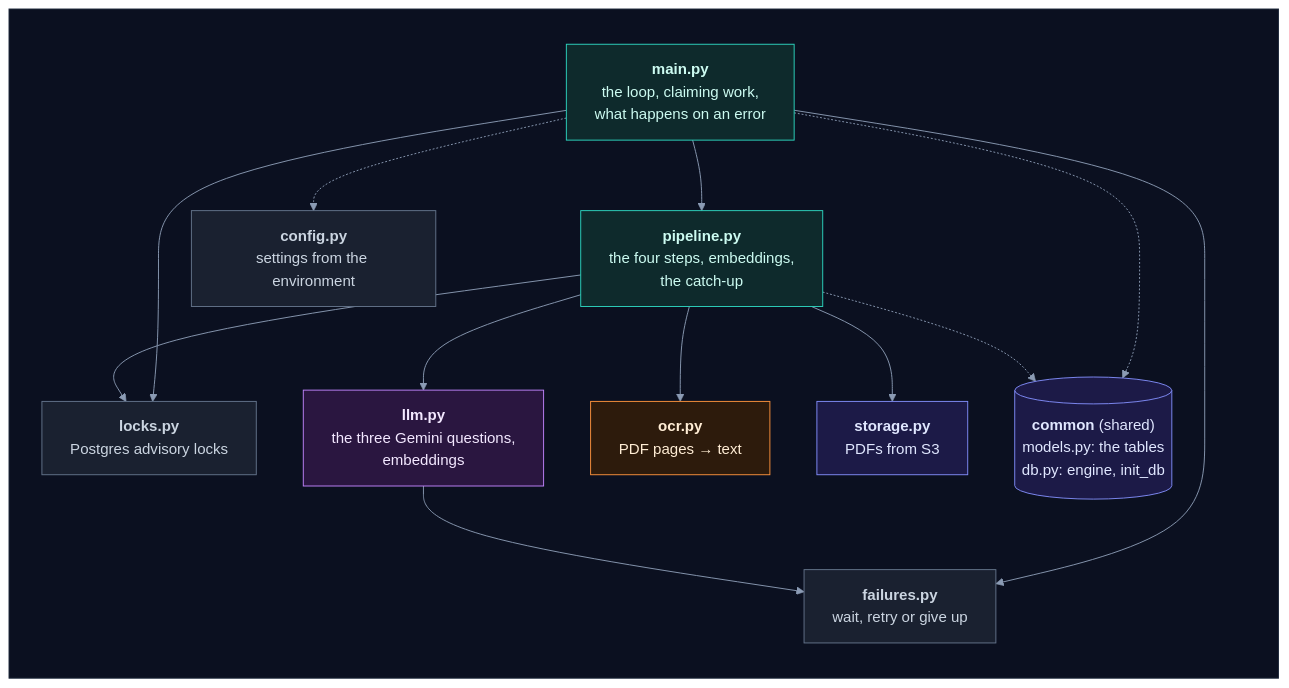
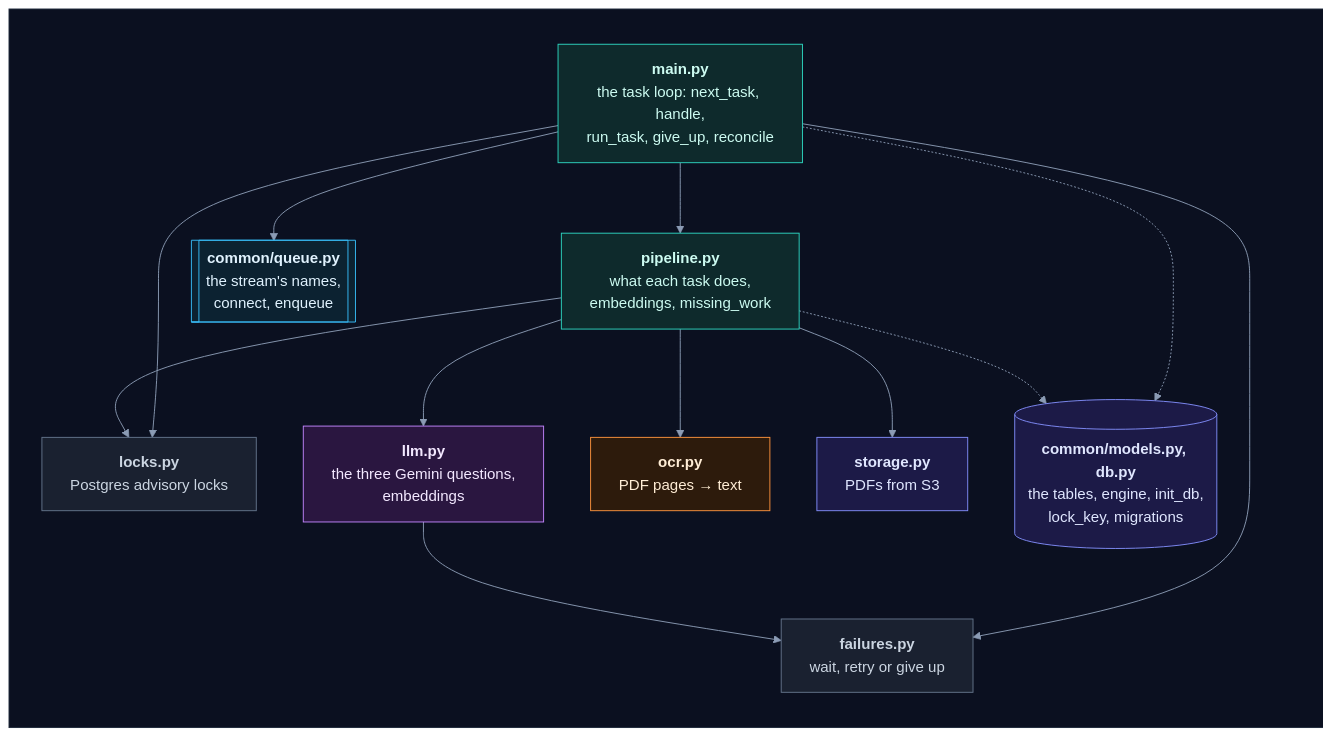
One commit to selvakumarperumal/Regulatory_Circular_Impact_Agent changed the second of 19 diagrams in backend/worker/INTERNALS.md. Above: the diagram before and after it, drawn with Mermaid. The commit also changed other lines of this file and 8 other files, not shown here.

Commit message:
Document the task queue and multi-company design

````diff
--- a/backend/worker/INTERNALS.md
+++ b/backend/worker/INTERNALS.md
@@ -91,42 +101,44 @@
 ```mermaid
 %%{init: {"theme": "base", "flowchart": {"diagramPadding": 0}, "themeVariables": {"darkMode": true, "primaryColor": "#16213a", "primaryTextColor": "#e6edf7", "primaryBorderColor": "#475a7a", "lineColor": "#8b9bb4", "secondaryColor": "#1b2436", "tertiaryColor": "#101a2e", "edgeLabelBackground": "#0f172a", "textColor": "#e2e8f0", "clusterBkg": "#0f1728", "clusterBorder": "#2b3a55", "titleColor": "#c4b5fd", "nodeTextColor": "#e6edf7"}}}%%
 flowchart TB
     subgraph canvas[" "]
         direction TB
-        main["<b>main.py</b><br/>the loop, claiming work,<br/>what happens on an error"]
-        pipeline["<b>pipeline.py</b><br/>the four steps, embeddings,<br/>the catch-up"]
+        main["<b>main.py</b><br/>the task loop: next_task, handle,<br/>run_task, give_up, reconcile"]
+        pipeline["<b>pipeline.py</b><br/>what each task does,<br/>embeddings, missing_work"]
+        queue[["<b>common/queue.py</b><br/>the stream's names,<br/>connect, enqueue"]]
         locks["<b>locks.py</b><br/>Postgres advisory locks"]
         failures["<b>failures.py</b><br/>wait, retry or give up"]
         llm["<b>llm.py</b><br/>the three Gemini questions,<br/>embeddings"]
         ocr["<b>ocr.py</b><br/>PDF pages → text"]
         storage["<b>storage.py</b><br/>PDFs from S3"]
-        config["<b>config.py</b><br/>settings from the environment"]
-        common[("<b>common</b> (shared)<br/>models.py: the tables<br/>db.py: engine, init_db")]
+        common[("<b>common/models.py, db.py</b><br/>the tables, engine, init_db,<br/>lock_key, migrations")]
         main --> pipeline
+        main --> queue
         main --> locks
         main --> failures
         pipeline --> llm
         pipeline --> ocr
         pipeline --> storage
         pipeline --> locks
         llm --> failures
         main -.-> common
         pipeline -.-> common
-        main -.-> config
     end
     classDef svc fill:#0e2a2c,stroke:#2dd4bf,color:#ccfbf1
     classDef data fill:#1c1a47,stroke:#818cf8,color:#e0e7ff
     classDef ext fill:#2a1640,stroke:#c084fc,color:#f3e8ff
     classDef gpu fill:#2d1b0c,stroke:#fb923c,color:#ffedd5
     classDef ask fill:#2a2410,stroke:#fbbf24,color:#fef3c7
     classDef ok fill:#0b2a1c,stroke:#34d399,color:#d1fae5
     classDef bad fill:#2e0f17,stroke:#fb7185,color:#ffe4e6
     classDef start fill:#1c2a0e,stroke:#a7ef6f,color:#ecfccb
     classDef muted fill:#1a2130,stroke:#64748b,color:#cbd5e1
+    classDef queue fill:#0c2231,stroke:#38bdf8,color:#e0f2fe
     class main,pipeline svc
-    class locks,failures,config muted
+    class queue queue
+    class locks,failures muted
     class llm ext
     class ocr gpu
     class storage,common data
     style canvas fill:#0b1020,stroke:#1e293b,color:#0b1020
 ```
````
